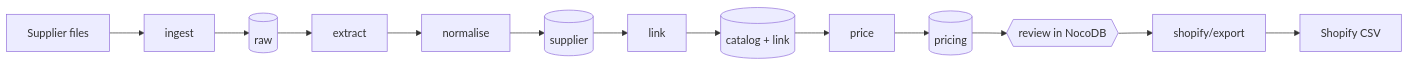
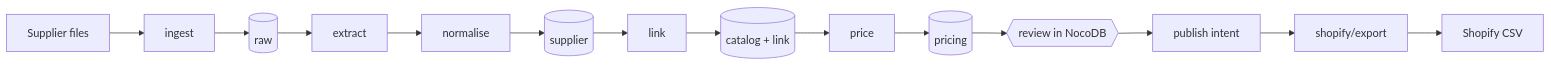
The diagram in README.md (alt-ts/mosferics-pipeline), drawn with Mermaid before and after one commit. The commit also changed other lines of this file and 5 other files, not shown here.

````diff
--- a/README.md
+++ b/README.md
@@ -36,11 +36,11 @@
 ```mermaid
 flowchart LR
     F[Supplier files] --> I[ingest]
     I --> R[(raw)]
     R --> E[extract] --> N[normalise]
     N --> S[(supplier)]
     S --> L[link] --> C[(catalog + link)]
     C --> P[price] --> PR[(pricing)]
     PR --> Q{{review in NocoDB}}
-    Q --> X[shopify/export] --> CSV[Shopify CSV]
+    Q --> U[publish intent] --> X[shopify/export] --> CSV[Shopify CSV]
 ```
````
